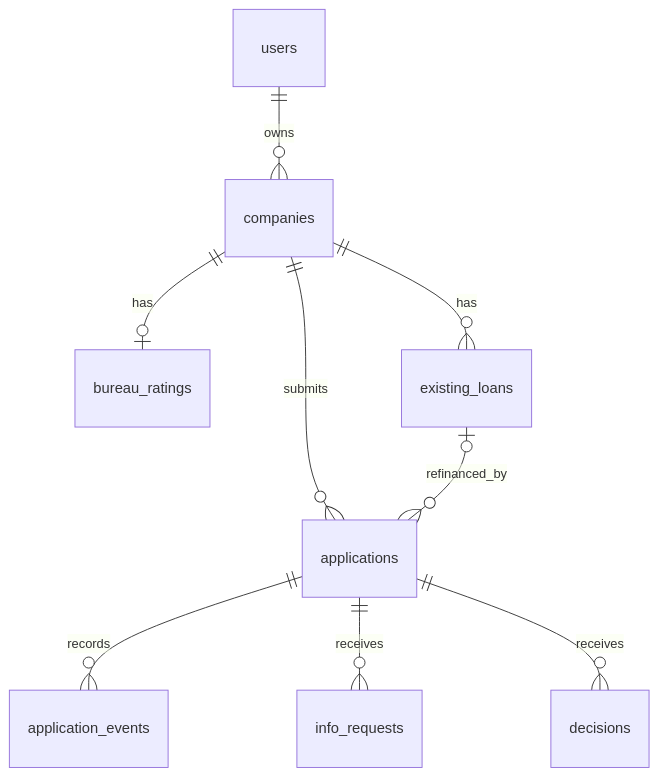
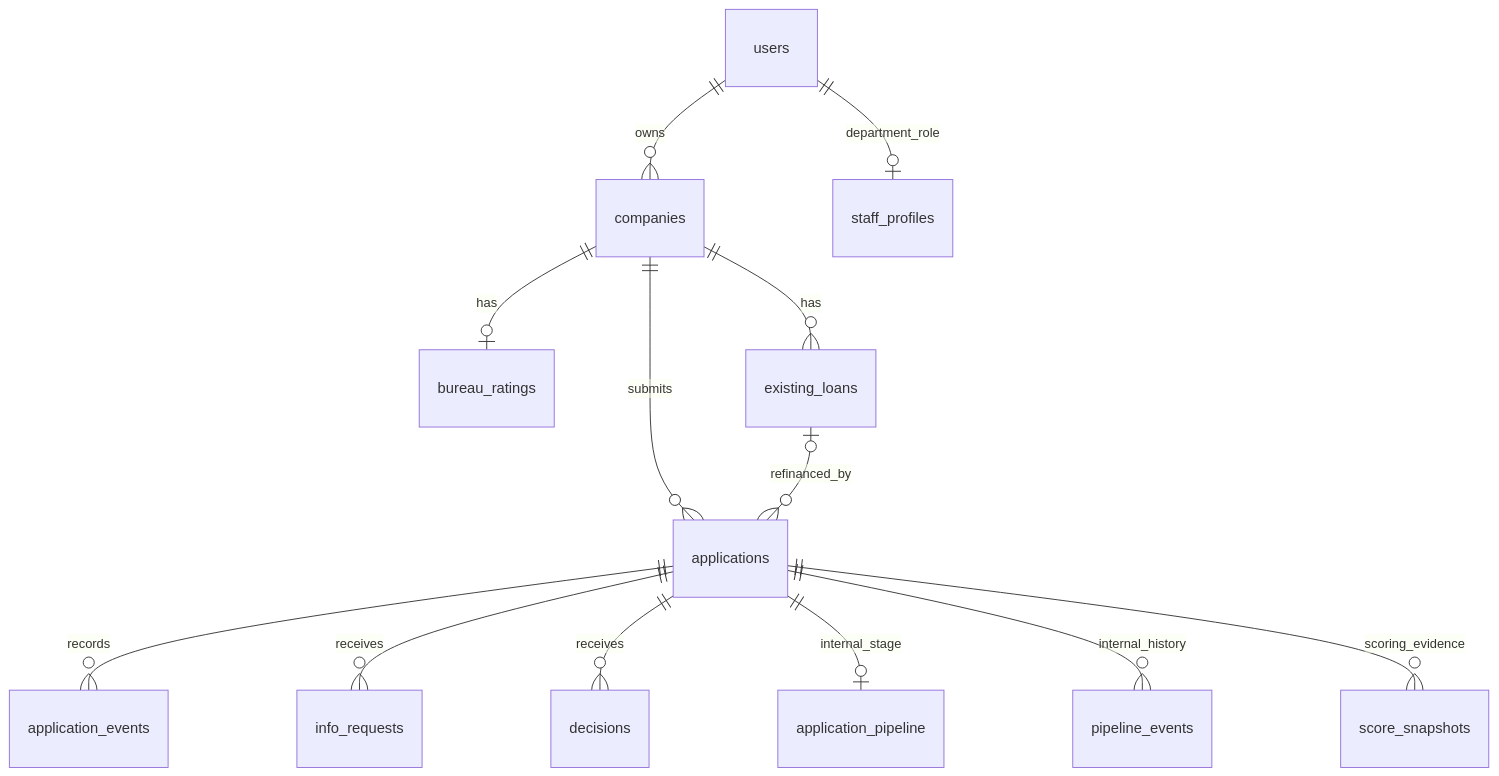
One commit to Amexover/ALFAHACK-VOZDUHTEAM_DELO changed the fourth of 4 diagrams in docs/ARCHITECTURE.md. Above: the diagram before and after it, drawn with Mermaid. The commit also changed other lines of this file and 61 other files, not shown here.

Commit message:
feat(staff): finish versioned scoring and reversible auto rejection

````diff
--- a/docs/ARCHITECTURE.md
+++ b/docs/ARCHITECTURE.md
@@ -42,11 +73,15 @@
 ```mermaid
 erDiagram
   users ||--o{ companies : owns
   companies ||--o| bureau_ratings : has
   companies ||--o{ existing_loans : has
   companies ||--o{ applications : submits
   existing_loans |o--o{ applications : refinanced_by
   applications ||--o{ application_events : records
   applications ||--o{ info_requests : receives
   applications ||--o{ decisions : receives
+  users ||--o| staff_profiles : department_role
+  applications ||--o| application_pipeline : internal_stage
+  applications ||--o{ pipeline_events : internal_history
+  applications ||--o{ score_snapshots : scoring_evidence
 ```
````
